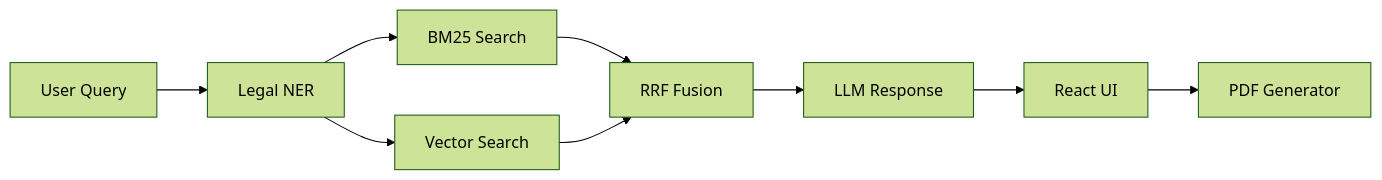
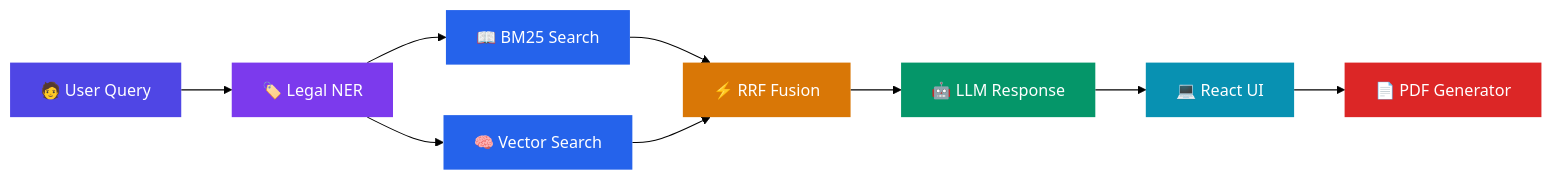
The diagram in README.md (adyaomnkar/AI_Law_Advisor), drawn with Mermaid (forest theme) before and after one commit. The commit also changed other lines of this file, not shown here.

````diff
--- a/README.md
+++ b/README.md
@@ -128,11 +126,20 @@
 ```mermaid
 graph LR
-    A[User Query] --> B[Legal NER]
-    B --> C[BM25 Search]
-    B --> D[Vector Search]
-    C --> E[RRF Fusion]
+    A["🧑 User Query"] --> B["🏷️ Legal NER"]
+    B --> C["📖 BM25 Search"]
+    B --> D["🧠 Vector Search"]
+    C --> E["⚡ RRF Fusion"]
     D --> E
-    E --> F[LLM Response]
-    F --> G[React UI]
-    G --> H[PDF Generator]
+    E --> F["🤖 LLM Response"]
+    F --> G["💻 React UI"]
+    G --> H["📄 PDF Generator"]
+
+    style A fill:#4F46E5,color:#fff,stroke:none
+    style B fill:#7C3AED,color:#fff,stroke:none
+    style C fill:#2563EB,color:#fff,stroke:none
+    style D fill:#2563EB,color:#fff,stroke:none
+    style E fill:#D97706,color:#fff,stroke:none
+    style F fill:#059669,color:#fff,stroke:none
+    style G fill:#0891B2,color:#fff,stroke:none
+    style H fill:#DC2626,color:#fff,stroke:none
 ```
````
